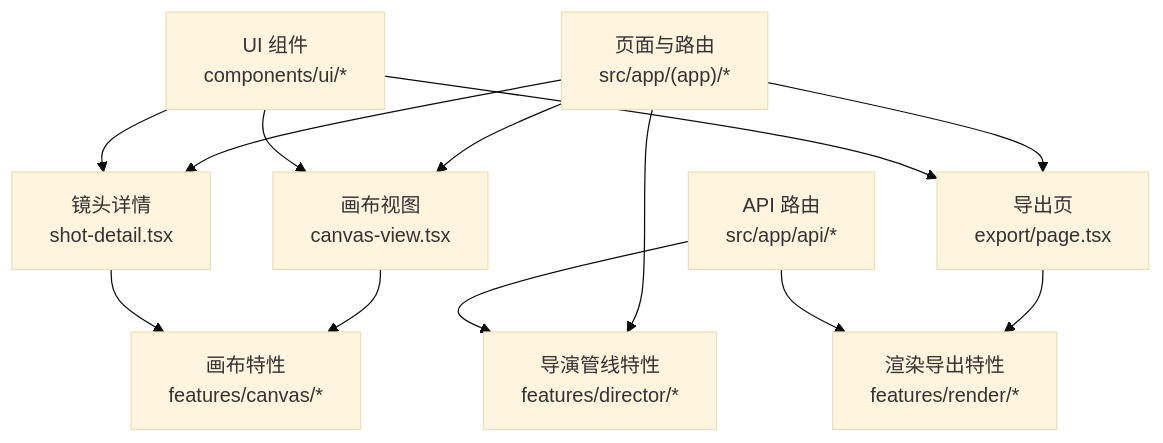
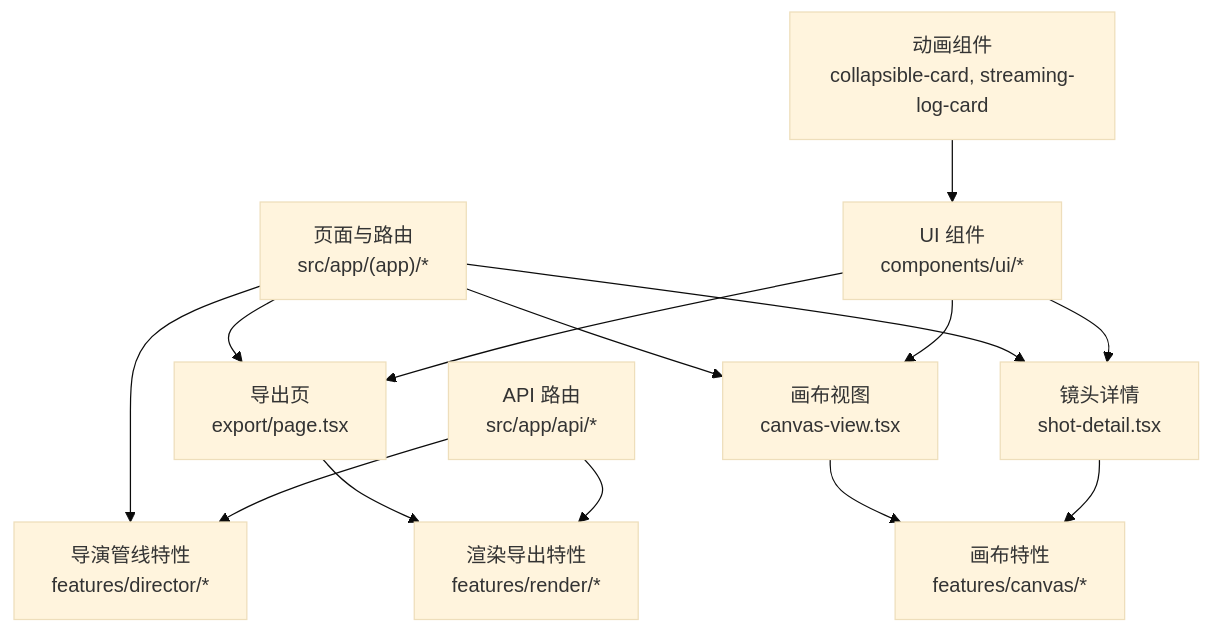
One commit to AIMFllyYS/code-video-canvas changed the second of 10 diagrams in .qoder/repowiki/zh/content/UI 组件库/运动设计系统.md. Above: the diagram before and after it, drawn with Mermaid (base theme). The commit also changed other lines of this file and 47 other files, not shown here.

````diff
--- a/.qoder/repowiki/zh/content/UI 组件库/运动设计系统.md
+++ b/.qoder/repowiki/zh/content/UI 组件库/运动设计系统.md
@@ -155,15 +169,16 @@
 ```mermaid
 graph TB
 P["页面与路由<br/>src/app/(app)/*"] --> V["画布视图<br/>canvas-view.tsx"]
 V --> CA["画布特性<br/>features/canvas/*"]
 P --> SD["镜头详情<br/>shot-detail.tsx"]
 SD --> CA
 P --> EX["导出页<br/>export/page.tsx"]
 EX --> RS["渲染导出特性<br/>features/render/*"]
 P --> DR["导演管线特性<br/>features/director/*"]
 API["API 路由<br/>src/app/api/*"] --> DR
 API --> RS
 UI["UI 组件<br/>components/ui/*"] --> V
 UI --> SD
 UI --> EX
+ANIM["动画组件<br/>collapsible-card, streaming-log-card"] --> UI
 ```
````
